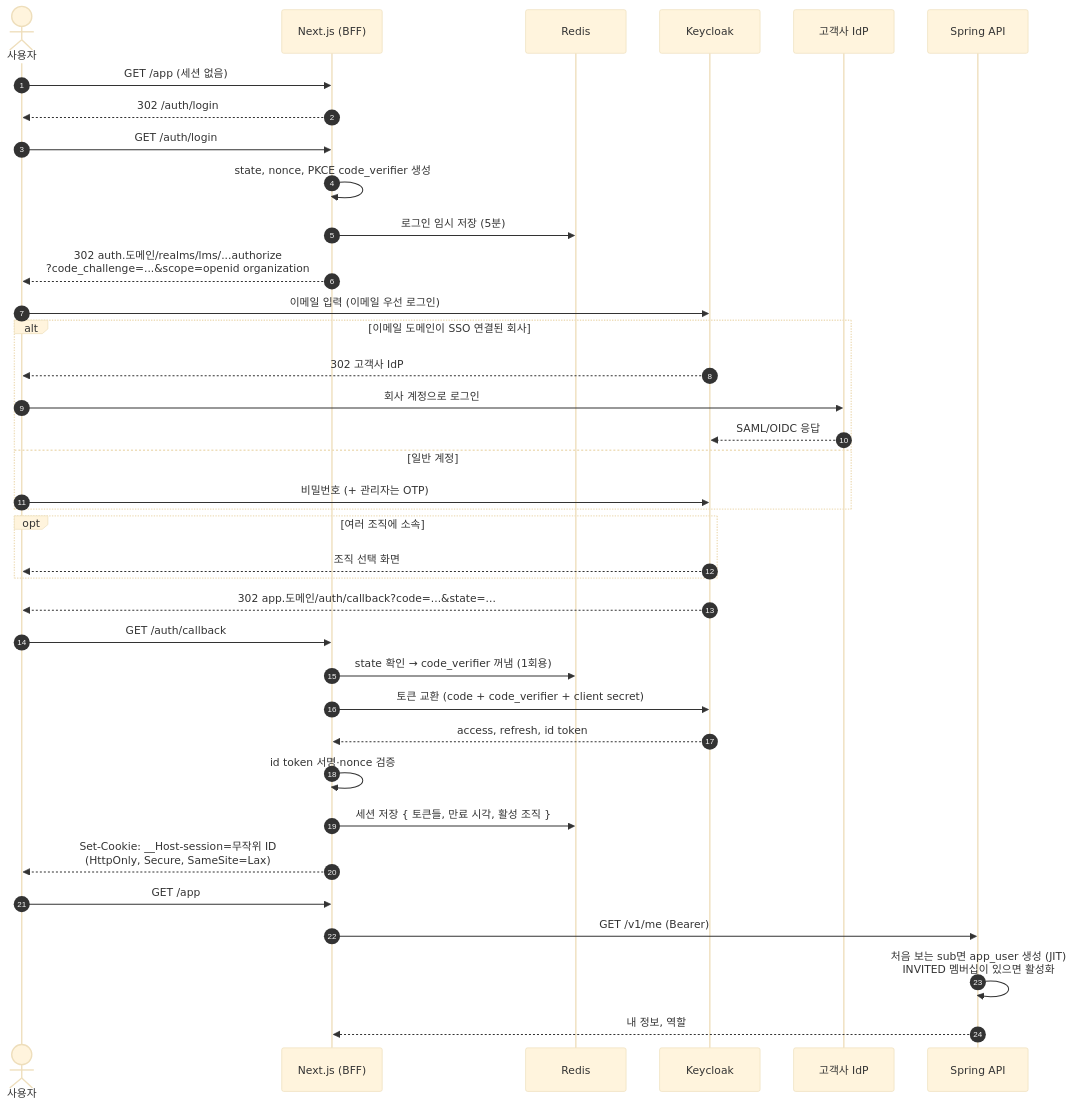
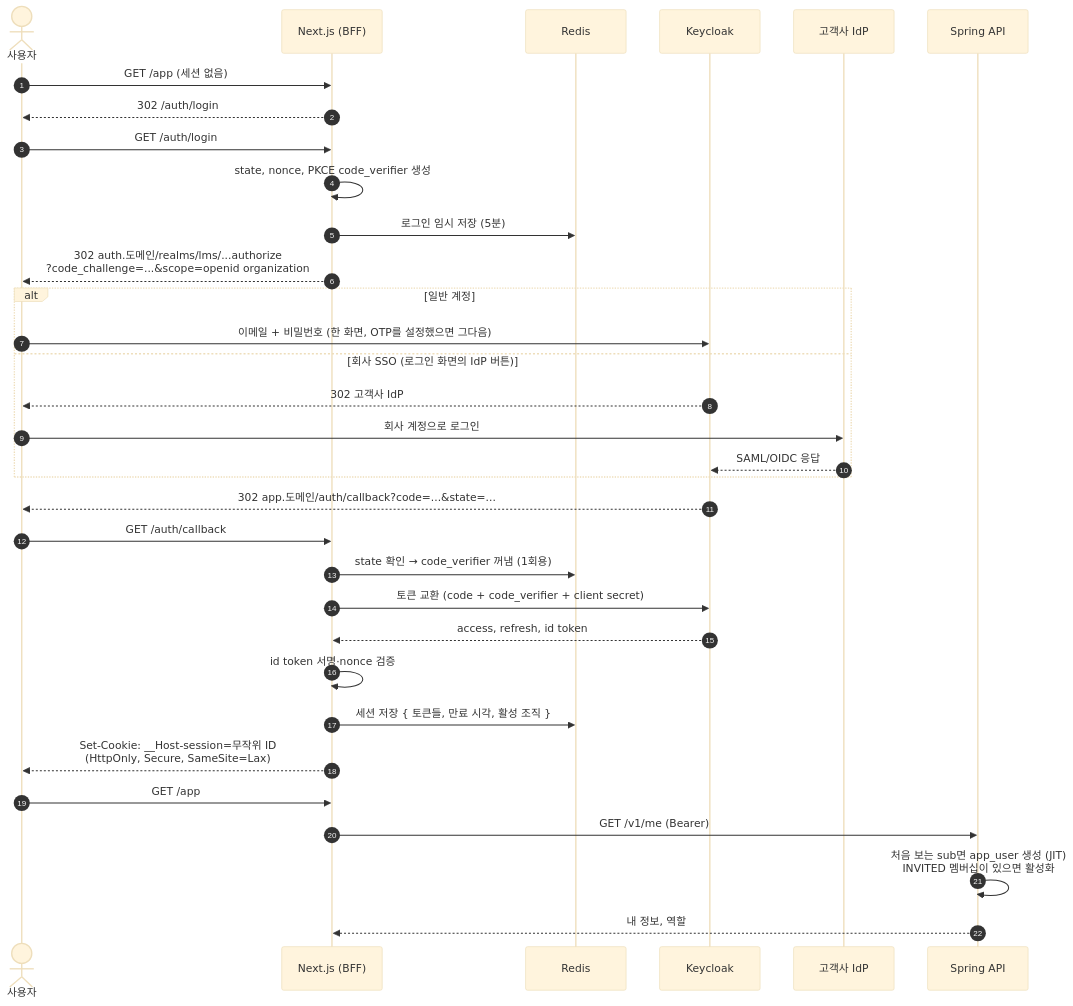
The first of 11 diagrams in docs/05-service-flows.md (paulleebm/b2b-lms), drawn with Mermaid (base theme) before and after one commit. The commit also changed other lines of this file and 7 other files, not shown here.

````diff
--- a/docs/05-service-flows.md
+++ b/docs/05-service-flows.md
@@ -25,40 +25,36 @@
 ```mermaid
 sequenceDiagram
     autonumber
     actor U as 사용자
     participant W as Next.js (BFF)
     participant R as Redis
     participant KC as Keycloak
     participant IDP as 고객사 IdP
     participant API as Spring API
 
     U->>W: GET /app (세션 없음)
     W-->>U: 302 /auth/login
     U->>W: GET /auth/login
     W->>W: state, nonce, PKCE code_verifier 생성
     W->>R: 로그인 임시 저장 (5분)
     W-->>U: 302 auth.도메인/realms/lms/...authorize<br/>?code_challenge=...&scope=openid organization
-    U->>KC: 이메일 입력 (이메일 우선 로그인)
-    alt 이메일 도메인이 SSO 연결된 회사
+    alt 일반 계정
+        U->>KC: 이메일 + 비밀번호 (한 화면, OTP를 설정했으면 그다음)
+    else 회사 SSO (로그인 화면의 IdP 버튼)
         KC-->>U: 302 고객사 IdP
         U->>IDP: 회사 계정으로 로그인
         IDP-->>KC: SAML/OIDC 응답
-    else 일반 계정
-        U->>KC: 비밀번호 (+ 관리자는 OTP)
-    end
-    opt 여러 조직에 소속
-        KC-->>U: 조직 선택 화면
     end
     KC-->>U: 302 app.도메인/auth/callback?code=...&state=...
     U->>W: GET /auth/callback
     W->>R: state 확인 → code_verifier 꺼냄 (1회용)
     W->>KC: 토큰 교환 (code + code_verifier + client secret)
     KC-->>W: access, refresh, id token
     W->>W: id token 서명·nonce 검증
     W->>R: 세션 저장 { 토큰들, 만료 시각, 활성 조직 }
     W-->>U: Set-Cookie: __Host-session=무작위 ID<br/>(HttpOnly, Secure, SameSite=Lax)
     U->>W: GET /app
     W->>API: GET /v1/me (Bearer)
     API->>API: 처음 보는 sub면 app_user 생성 (JIT)<br/>INVITED 멤버십이 있으면 활성화
     API-->>W: 내 정보, 역할
 ```
````
